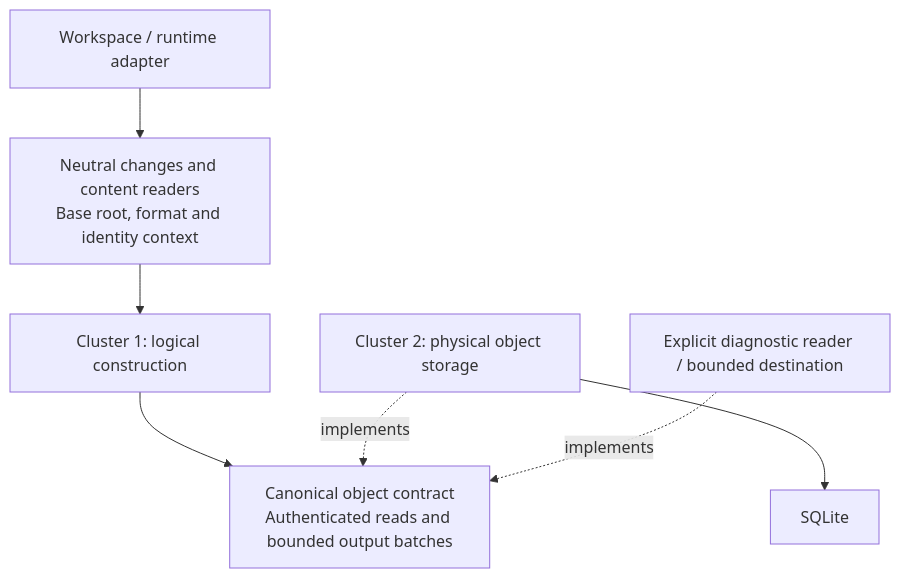
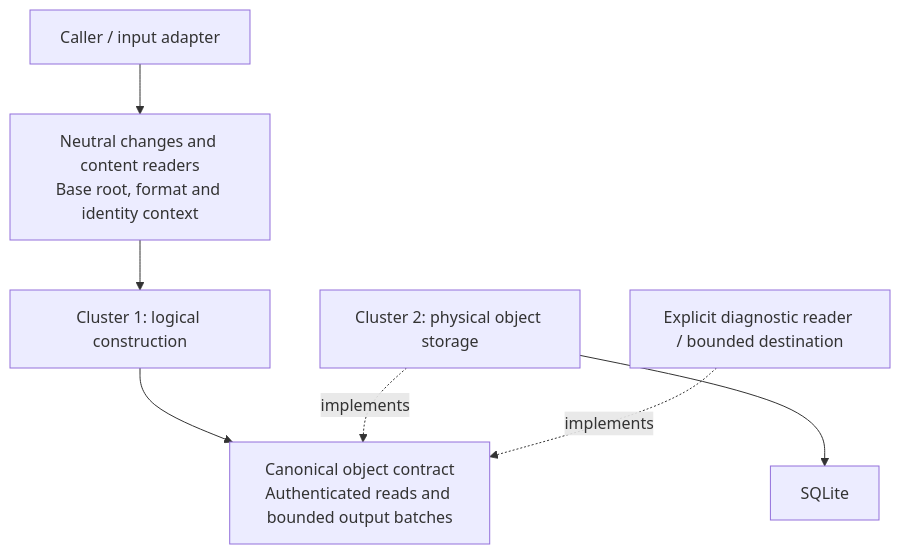
The diagram in docs/roadmap/0.1/0.1.7/component-decoupling/content-storage-co-design.md (Ephemeral-AI-Lab/layerfs), drawn with Mermaid before and after one commit. The commit also changed other lines of this file and 103 other files, not shown here.

````diff
--- a/docs/roadmap/0.1/0.1.7/component-decoupling/content-storage-co-design.md
+++ b/docs/roadmap/0.1/0.1.7/component-decoupling/content-storage-co-design.md
@@ -78,17 +123,17 @@
 ```mermaid
 flowchart TB
-    ADAPTER["Workspace / runtime adapter"]
+    ADAPTER["Caller / input adapter"]
     INPUT["Neutral changes and content readers\nBase root, format and identity context"]
     CONTENT["Cluster 1: logical construction"]
     CONTRACT["Canonical object contract\nAuthenticated reads and bounded output batches"]
     STORAGE["Cluster 2: physical object storage"]
     SQLITE["SQLite"]
     DIAGNOSTIC["Explicit diagnostic reader / bounded destination"]
 
     ADAPTER --> INPUT
     INPUT --> CONTENT
     CONTENT --> CONTRACT
     STORAGE -.->|"implements"| CONTRACT
     DIAGNOSTIC -.->|"implements"| CONTRACT
     STORAGE --> SQLITE
 ```
````
